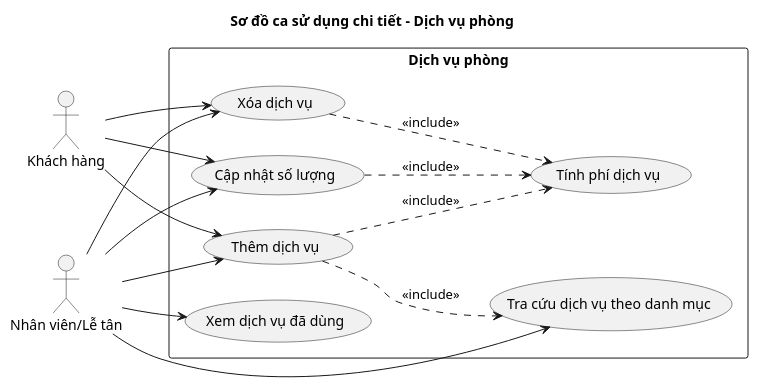
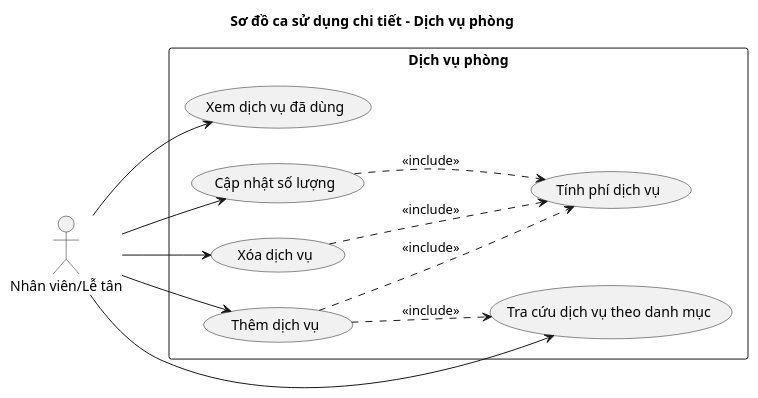
One commit to hieud3663/UHotel changed the diagram in docs/uml/plantuml/usecase/UseCase_RoomService.puml. Above: the diagram before and after it, drawn with PlantUML. The commit also changed 26 other files, not shown here.

```diff
--- a/docs/uml/plantuml/usecase/UseCase_RoomService.puml
+++ b/docs/uml/plantuml/usecase/UseCase_RoomService.puml
@@ -1,31 +1,27 @@
 @startuml UseCase_RoomService
 left to right direction
 skinparam shadowing false
 title Sơ đồ ca sử dụng chi tiết - Dịch vụ phòng
 
-actor "Khách hàng" as Customer
 actor "Nhân viên/Lễ tân" as Staff
 
 rectangle "Dịch vụ phòng" {
   usecase "Xem dịch vụ đã dùng" as UC_List
   usecase "Tra cứu dịch vụ theo danh mục" as UC_Search
   usecase "Thêm dịch vụ" as UC_Add
   usecase "Cập nhật số lượng" as UC_Update
   usecase "Xóa dịch vụ" as UC_Delete
   usecase "Tính phí dịch vụ" as UC_Total
 }
 
-Customer --> UC_Add
-Customer --> UC_Update
-Customer --> UC_Delete
 Staff --> UC_List
 Staff --> UC_Search
 Staff --> UC_Add
 Staff --> UC_Update
 Staff --> UC_Delete
 
 UC_Add ..> UC_Search : <<include>>
 UC_Add ..> UC_Total : <<include>>
 UC_Update ..> UC_Total : <<include>>
 UC_Delete ..> UC_Total : <<include>>
 @enduml
```
